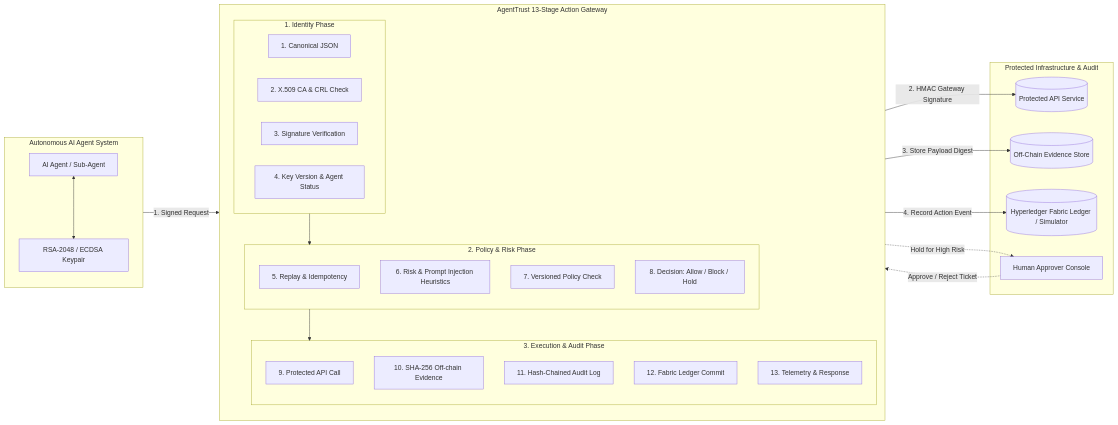
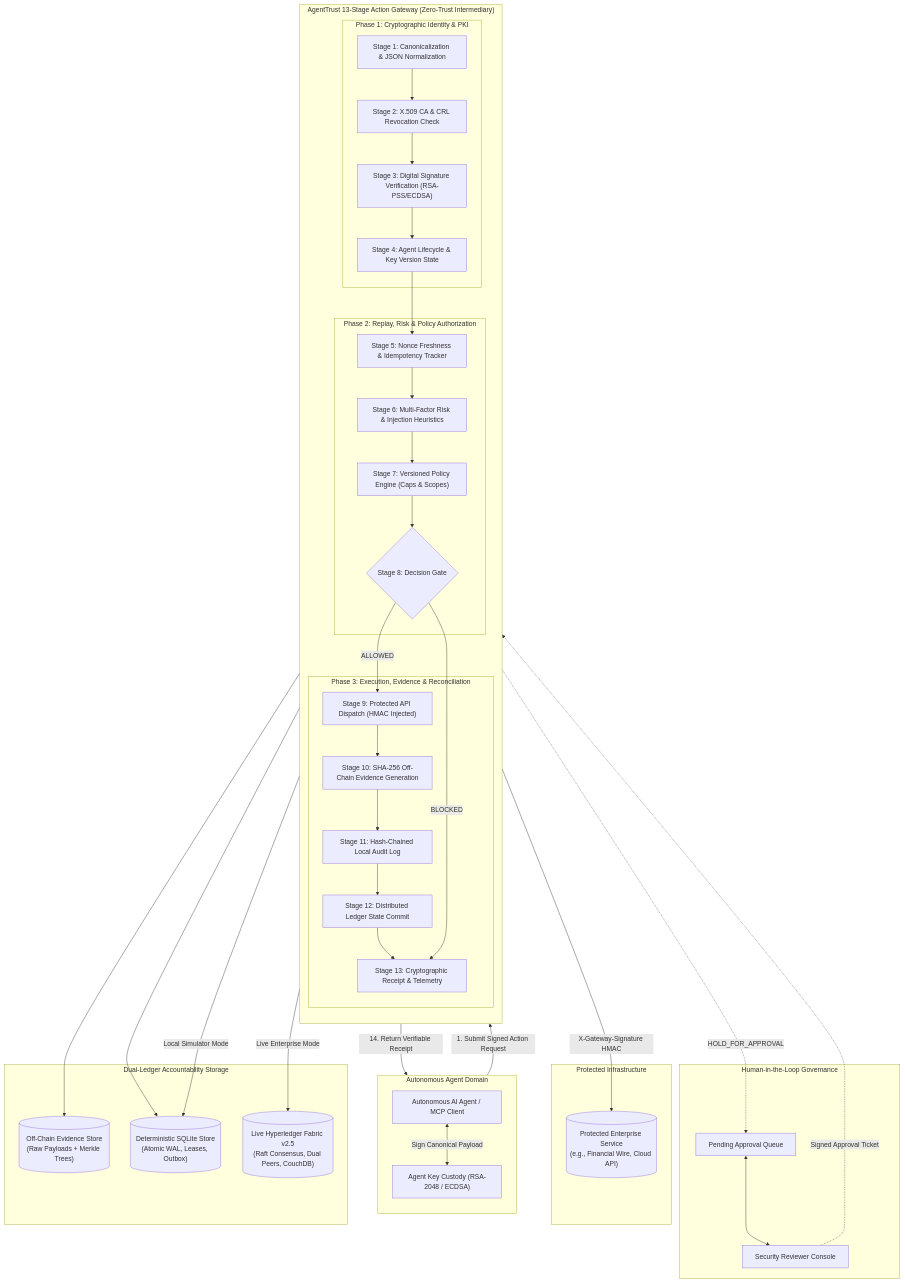
One commit to venkatesh0029/AgentTrust changed the first of 2 diagrams in README.md. Above: the diagram before and after it, drawn with Mermaid. The commit also changed other lines of this file, not shown here.

Commit message:
docs: overhaul enterprise README with verified live Fabric consensus and architecture

````diff
--- a/README.md
+++ b/README.md
@@ -92,49 +93,68 @@
 ```mermaid
-flowchart LR
-    subgraph Agents ["Autonomous AI Agent System"]
-        A[AI Agent / Sub-Agent]
-        K[RSA-2048 / ECDSA Keypair]
-        A <---> K
+flowchart TB
+    subgraph AgentDomain ["Autonomous Agent Domain"]
+        direction TB
+        Agent["Autonomous AI Agent / MCP Client"]
+        KeyStore["Agent Key Custody (RSA-2048 / ECDSA)"]
+        Agent <-->|Sign Canonical Payload| KeyStore
     end
 
-    subgraph Gateway ["AgentTrust 13-Stage Action Gateway"]
+    subgraph GatewayCore ["AgentTrust 13-Stage Action Gateway (Zero-Trust Intermediary)"]
         direction TB
-        subgraph StageIdentity ["1. Identity Phase"]
-            S1["1. Canonical JSON"]
-            S2["2. X.509 CA & CRL Check"]
-            S3["3. Signature Verification"]
-            S4["4. Key Version & Agent Status"]
+        subgraph P1 ["Phase 1: Cryptographic Identity & PKI"]
+            S1["Stage 1: Canonicalization & JSON Normalization"]
+            S2["Stage 2: X.509 CA & CRL Revocation Check"]
+            S3["Stage 3: Digital Signature Verification (RSA-PSS/ECDSA)"]
+            S4["Stage 4: Agent Lifecycle & Key Version State"]
+            S1 --> S2 --> S3 --> S4
         end
 
-        subgraph StagePolicy ["2. Policy & Risk Phase"]
-            S5["5. Replay & Idempotency"]
-            S6["6. Risk & Prompt Injection Heuristics"]
-            S7["7. Versioned Policy Check"]
-            S8["8. Decision: Allow / Block / Hold"]
+        subgraph P2 ["Phase 2: Replay, Risk & Policy Authorization"]
+            S5["Stage 5: Nonce Freshness & Idempotency Tracker"]
+            S6["Stage 6: Multi-Factor Risk & Injection Heuristics"]
+            S7["Stage 7: Versioned Policy Engine (Caps & Scopes)"]
+            S8{"Stage 8: Decision Gate"}
+            S5 --> S6 --> S7 --> S8
         end
 
-        subgraph StageExecution ["3. Execution & Audit Phase"]
-            S9["9. Protected API Call"]
-            S10["10. SHA-256 Off-chain Evidence"]
-            S11["11. Hash-Chained Audit Log"]
-            S12["12. Fabric Ledger Commit"]
-            S13["13. Telemetry & Response"]
+        subgraph P3 ["Phase 3: Execution, Evidence & Reconciliation"]
+            S9["Stage 9: Protected API Dispatch (HMAC Injected)"]
+            S10["Stage 10: SHA-256 Off-Chain Evidence Generation"]
+            S11["Stage 11: Hash-Chained Local Audit Log"]
+            S12["Stage 12: Distributed Ledger State Commit"]
+            S13["Stage 13: Cryptographic Receipt & Telemetry"]
+            S9 --> S10 --> S11 --> S12 --> S13
         end
 
-        StageIdentity --> StagePolicy --> StageExecution
+        S4 --> S5
+        S8 -->|ALLOWED| S9
+        S8 -->|BLOCKED| S13
     end
 
-    subgraph External ["Protected Infrastructure & Audit"]
-        API[(Protected API Service)]
-        EV[(Off-Chain Evidence Store)]
-        LEDGER[(Hyperledger Fabric Ledger / Simulator)]
-        HUMAN[Human Approver Console]
+    subgraph Approvals ["Human-in-the-Loop Governance"]
+        HoldQueue["Pending Approval Queue"]
+        AdminConsole["Security Reviewer Console"]
+        S8 -.->|HOLD_FOR_APPROVAL| HoldQueue
+        HoldQueue <--> AdminConsole
+        AdminConsole -.->|Signed Approval Ticket| S8
     end
 
-    Agents -->|1. Signed Request| Gateway
-    S8 -.->|Hold for High Risk| HUMAN
-    HUMAN -.->|Approve / Reject Ticket| Gateway
-    S9 -->|2. HMAC Gateway Signature| API
-    S10 -->|3. Store Payload Digest| EV
-    S12 -->|4. Record Action Event| LEDGER
+    subgraph Downstream ["Protected Infrastructure"]
+        ProtectedAPI[("Protected Enterprise Service\n(e.g., Financial Wire, Cloud API)")]
+        S9 -->|X-Gateway-Signature HMAC| ProtectedAPI
+    end
+
+    subgraph Persistence ["Dual-Ledger Accountability Storage"]
+        EvidenceStore[("Off-Chain Evidence Store\n(Raw Payloads + Merkle Trees)")]
+        LocalLedger[("Deterministic SQLite Store\n(Atomic WAL, Leases, Outbox)")]
+        FabricLedger[("Live Hyperledger Fabric v2.5\n(Raft Consensus, Dual Peers, CouchDB)")]
+        
+        S10 --> EvidenceStore
+        S11 --> LocalLedger
+        S12 -->|Local Simulator Mode| LocalLedger
+        S12 -->|Live Enterprise Mode| FabricLedger
+    end
+
+    Agent -->|1. Submit Signed Action Request| S1
+    S13 -->|14. Return Verifiable Receipt| Agent
 ```
````
